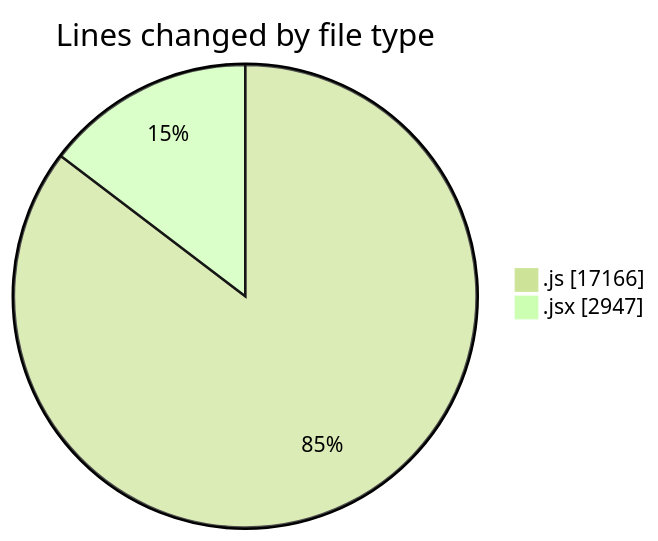
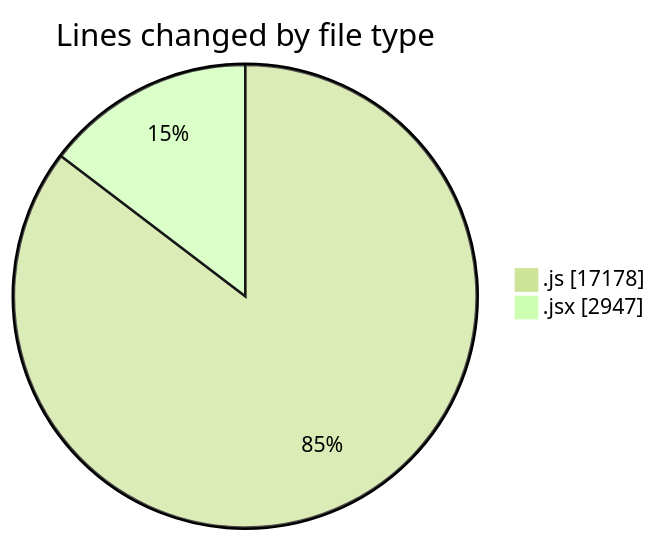
Before and after one commit to nxtqubesakshisongat/code-tracking: the first of 2 diagrams in 2025-09-26/nxtqube_webapp/README.md, drawn with Mermaid (forest theme). The commit also changed other lines of this file and 1 other file, not shown here.

````diff
--- a/2025-09-26/nxtqube_webapp/README.md
+++ b/2025-09-26/nxtqube_webapp/README.md
@@ -27,6 +27,6 @@
 ```mermaid
 pie showData
 title Lines changed by file type
-".js" : 17166
+".js" : 17178
 ".jsx" : 2947
 ```
````
